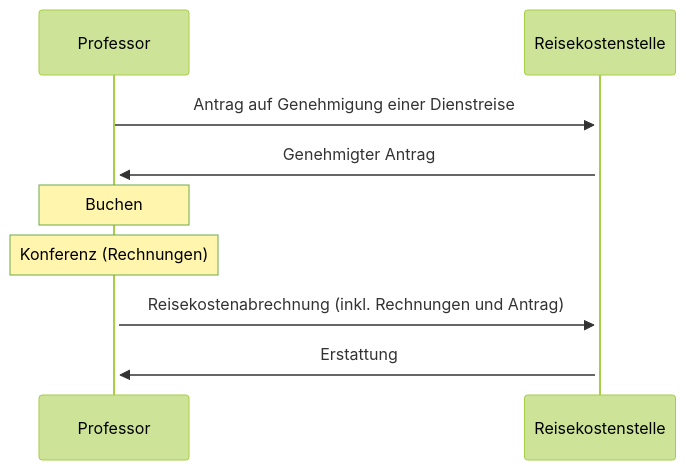
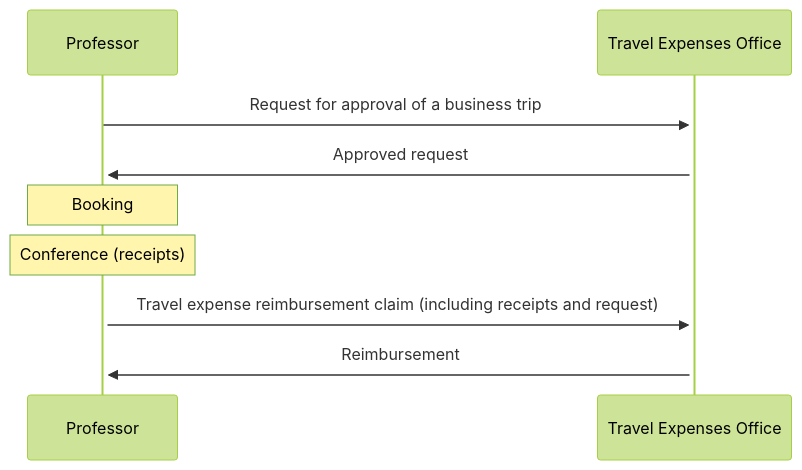
Before and after one commit to fs-ise/handbook: the diagram in management/travel.qmd, drawn with Mermaid (forest theme). The commit also changed other lines of this file and 25 other files, not shown here.

````diff
--- a/management/travel.qmd
+++ b/management/travel.qmd
@@ -11,10 +11,9 @@
 ```{mermaid}
 sequenceDiagram
-    Professor->>+Reisekostenstelle: Antrag auf Genehmigung einer Dienstreise
-    Reisekostenstelle->>+Professor: Genehmigter Antrag
-    Note over Professor: Buchen
-    Note over Professor: Konferenz (Rechnungen)
-    Professor->>+Reisekostenstelle: Reisekostenabrechnung (inkl. Rechnungen und Antrag)
-    Reisekostenstelle->>+Professor: Erstattung
-
+    Professor->>+Travel Expenses Office: Request for approval of a business trip
+    Travel Expenses Office->>+Professor: Approved request
+    Note over Professor: Booking
+    Note over Professor: Conference (receipts)
+    Professor->>+Travel Expenses Office: Travel expense reimbursement claim (including receipts and request)
+    Travel Expenses Office->>+Professor: Reimbursement
 ```
````
